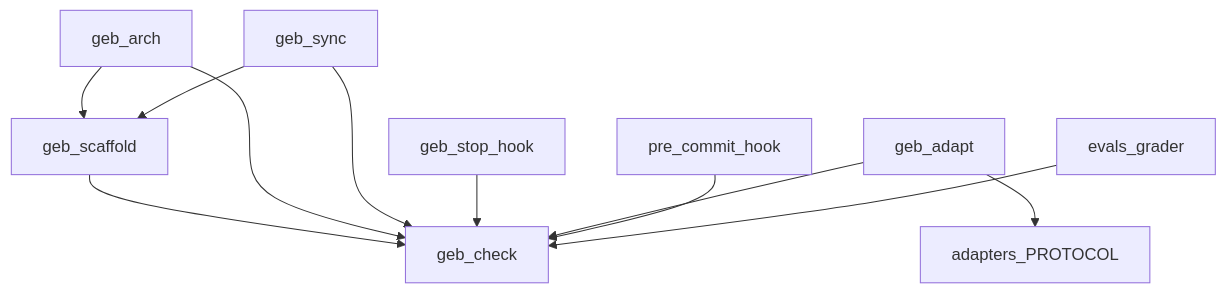
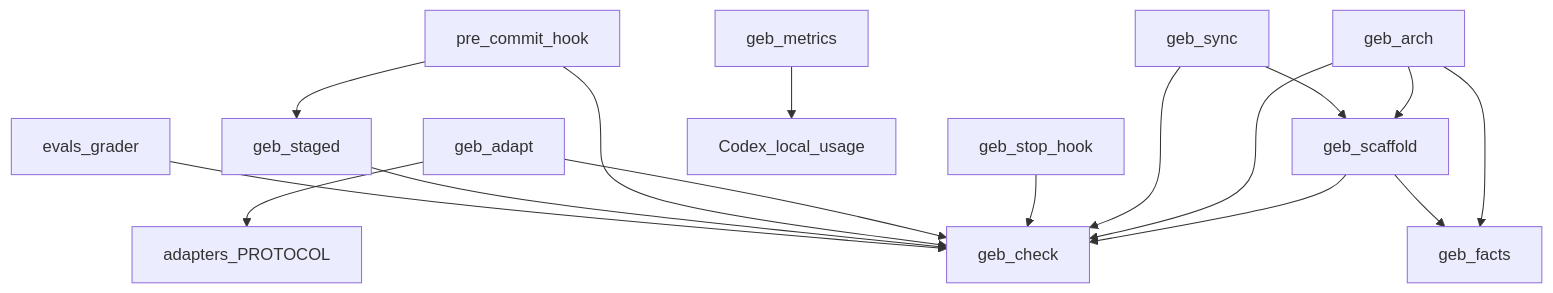
Before and after one commit to AaronXinzhian/fugue-docs: the diagram in PROJECT_INDEX.md, drawn with Mermaid. The commit also changed other lines of this file and 26 other files, not shown here.

````diff
--- a/PROJECT_INDEX.md
+++ b/PROJECT_INDEX.md
@@ -23,13 +24,18 @@
 ```mermaid
 graph TD
     geb_scaffold --> geb_check
     geb_arch --> geb_check
     geb_arch --> geb_scaffold
+    geb_arch --> geb_facts
+    geb_scaffold --> geb_facts
     geb_sync --> geb_check
     geb_sync --> geb_scaffold
     geb_stop_hook --> geb_check
     geb_adapt --> geb_check
     geb_adapt --> adapters_PROTOCOL
     pre_commit_hook --> geb_check
+    pre_commit_hook --> geb_staged
+    geb_staged --> geb_check
+    geb_metrics --> Codex_local_usage
     evals_grader --> geb_check
 ```
````
